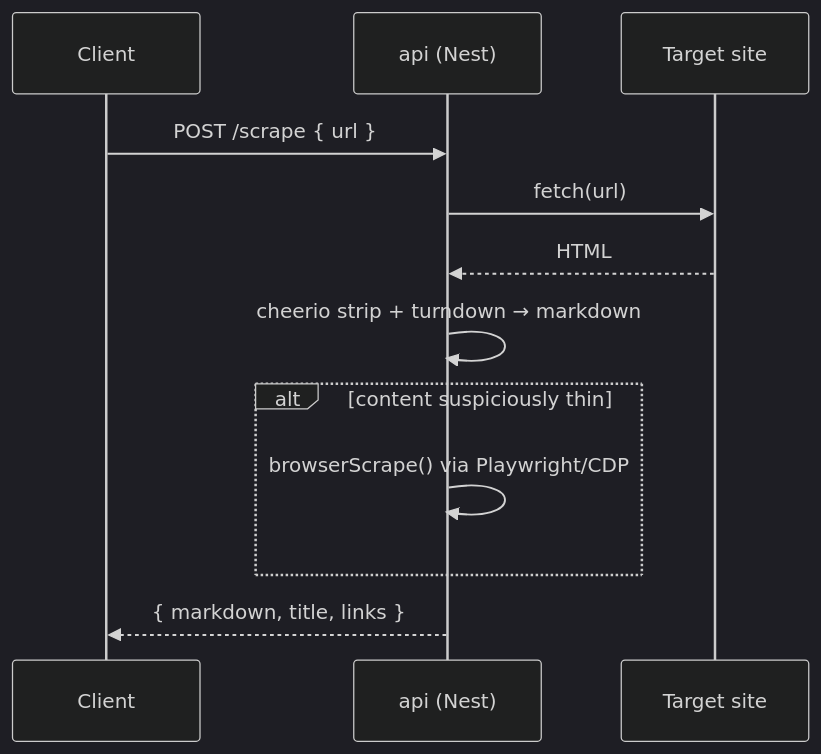
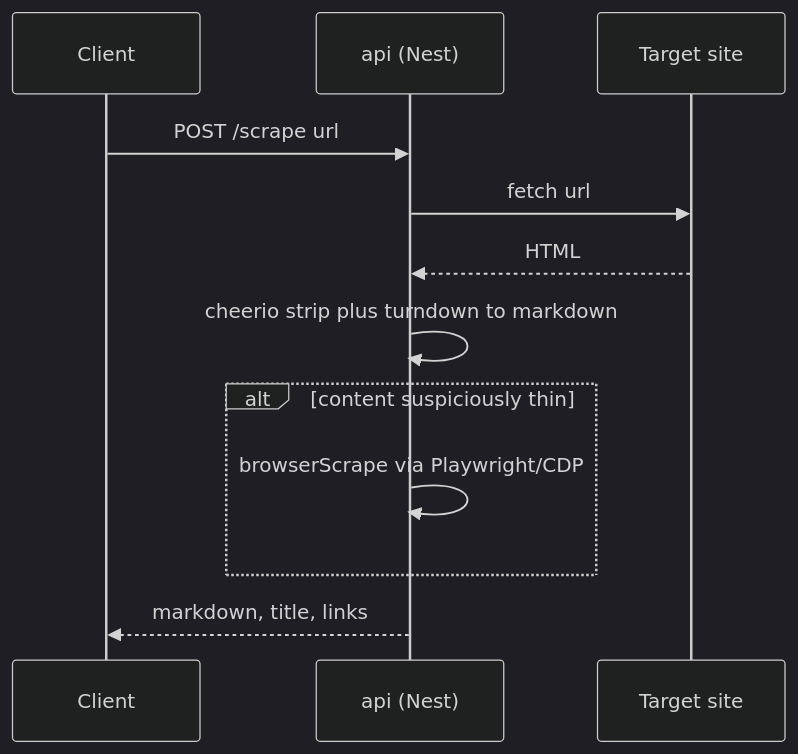
The second of 5 diagrams in docs/architecture.md (samuelorobosa/quarry), drawn with Mermaid (dark theme) before and after one commit. The commit also changed other lines of this file and 6 other files, not shown here.

Commit message:
feat: update architecture documentation and remove obsolete files

````diff
--- a/docs/architecture.md
+++ b/docs/architecture.md
@@ -54,15 +54,15 @@
 ```mermaid
 sequenceDiagram
     participant Client
     participant API as api (Nest)
     participant Site as Target site
 
-    Client->>API: POST /scrape { url }
-    API->>Site: fetch(url)
+    Client->>API: POST /scrape url
+    API->>Site: fetch url
     Site-->>API: HTML
-    API->>API: cheerio strip + turndown → markdown
+    API->>API: cheerio strip plus turndown to markdown
     alt content suspiciously thin
-        API->>API: browserScrape() via Playwright/CDP
+        API->>API: browserScrape via Playwright/CDP
     end
-    API-->>Client: { markdown, title, links }
+    API-->>Client: markdown, title, links
 ```
````
